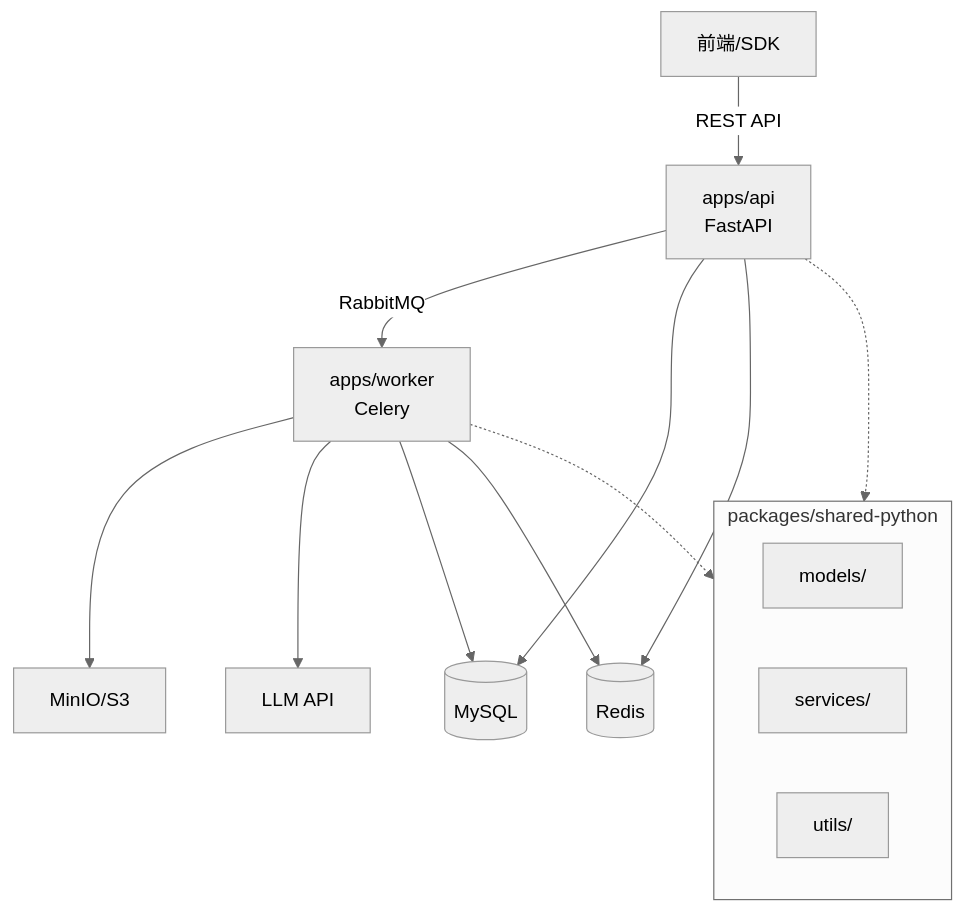
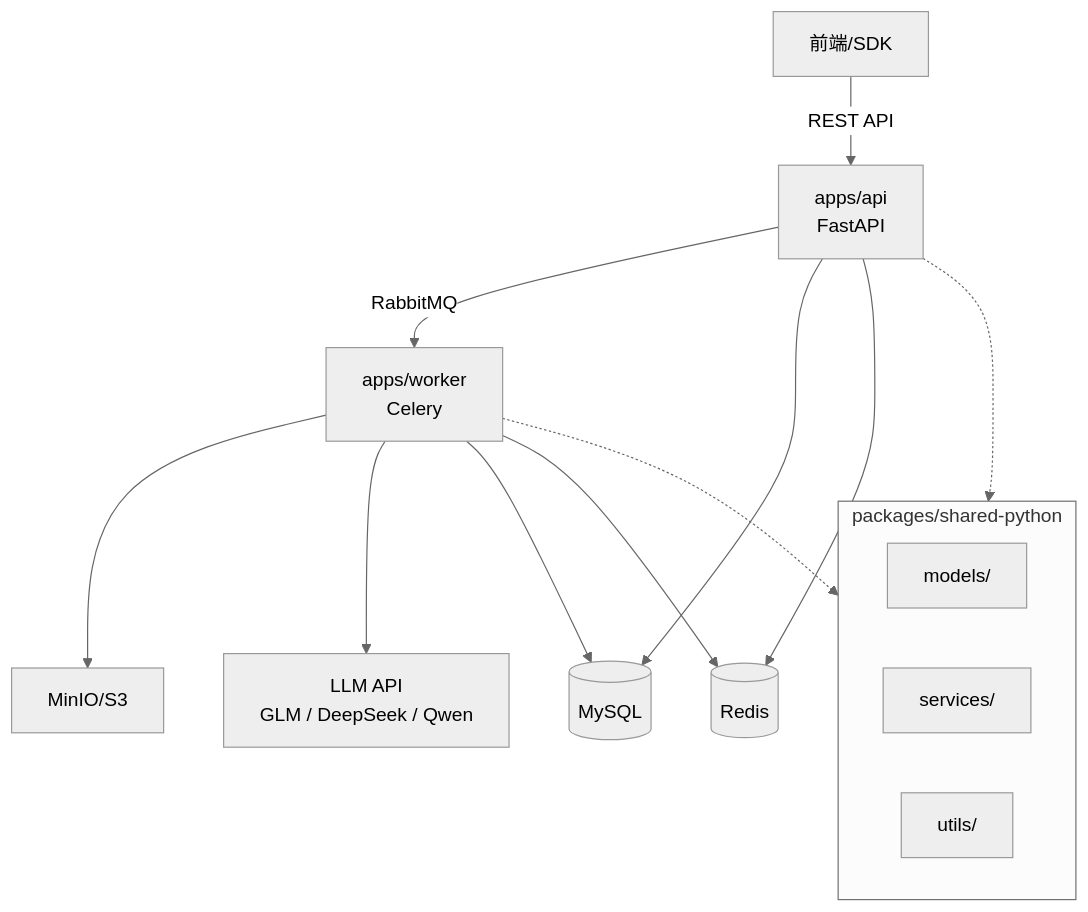
Before and after one commit to getsyntegrity/knowhere: the first of 2 diagrams in TASKS.md, drawn with Mermaid (neutral theme). The commit also changed other lines of this file and 5 other files, not shown here.

First line of the commit message:
feat: integrate GLM as unified LLM provider (text + vision)

````diff
--- a/TASKS.md
+++ b/TASKS.md
@@ -53,20 +54,21 @@
 ```mermaid
 graph TD
     Client[前端/SDK] -->|REST API| API[apps/api<br/>FastAPI]
     API -->|RabbitMQ| Worker[apps/worker<br/>Celery]
     API --> DB[(MySQL)]
     API --> Redis[(Redis)]
     Worker --> S3[MinIO/S3]
-    Worker --> AI[LLM API]
+    Worker --> AI[LLM API
+    GLM / DeepSeek / Qwen]
     Worker --> DB
     Worker --> Redis
 
     subgraph shared [packages/shared-python]
         Models[models/]
         Services[services/]
         Utils[utils/]
     end
 
     API -.-> shared
     Worker -.-> shared
 ```
````
